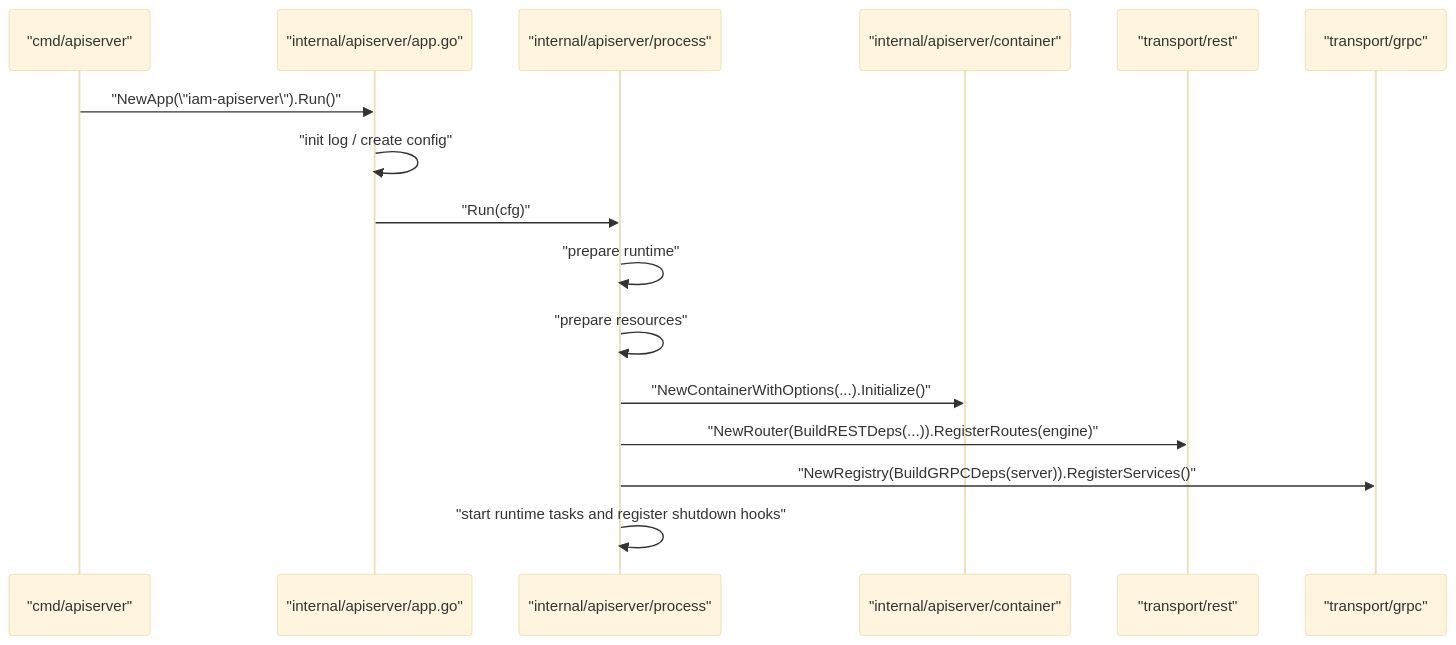
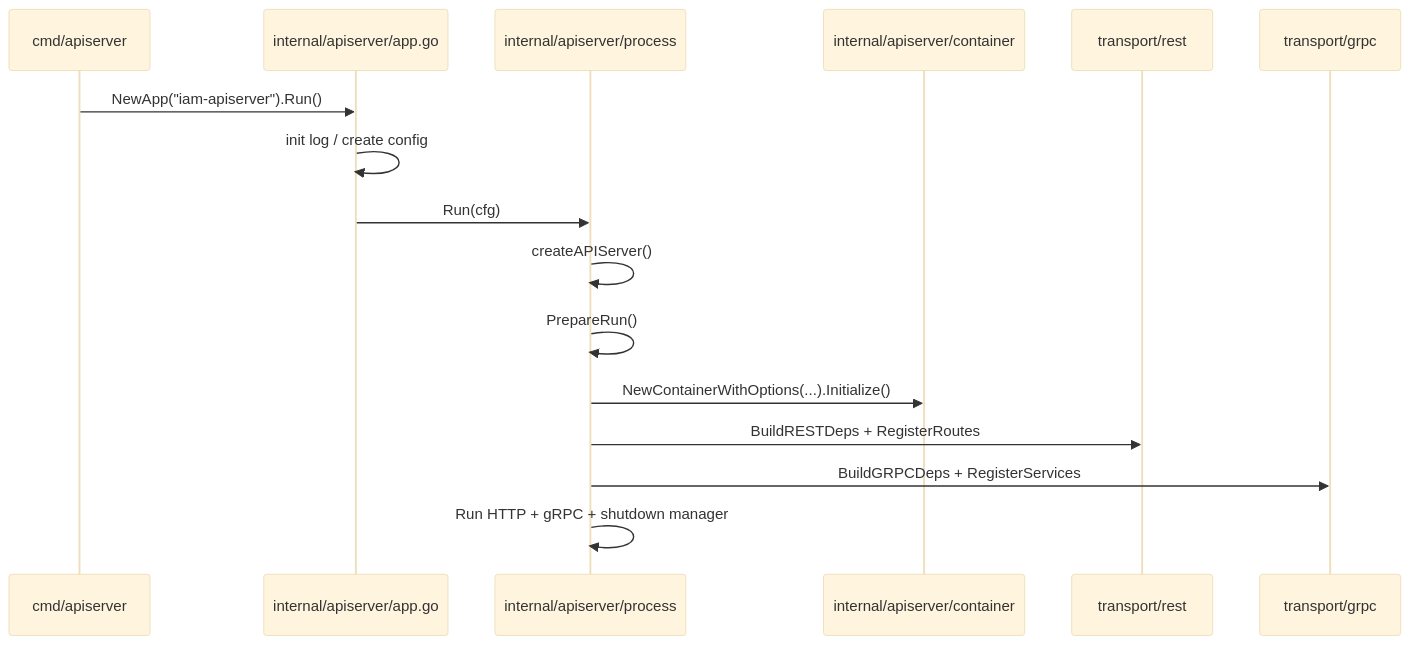
Before and after one commit to FangcunMount/iam: the second of 11 diagrams in docs/00-概览/01-系统架构总览.md, drawn with Mermaid (base theme). The commit also changed other lines of this file and 11 other files, not shown here.

````diff
--- a/docs/00-概览/01-系统架构总览.md
+++ b/docs/00-概览/01-系统架构总览.md
@@ -57,19 +133,19 @@
 ```mermaid
 sequenceDiagram
-    participant Main as "cmd/apiserver"
-    participant App as "internal/apiserver/app.go"
-    participant Process as "internal/apiserver/process"
-    participant Container as "internal/apiserver/container"
-    participant REST as "transport/rest"
-    participant GRPC as "transport/grpc"
+    participant Main as cmd/apiserver
+    participant App as internal/apiserver/app.go
+    participant Process as internal/apiserver/process
+    participant Container as internal/apiserver/container
+    participant REST as transport/rest
+    participant GRPC as transport/grpc
 
-    Main->>App: "NewApp(\"iam-apiserver\").Run()"
-    App->>App: "init log / create config"
-    App->>Process: "Run(cfg)"
-    Process->>Process: "prepare runtime"
-    Process->>Process: "prepare resources"
-    Process->>Container: "NewContainerWithOptions(...).Initialize()"
-    Process->>REST: "NewRouter(BuildRESTDeps(...)).RegisterRoutes(engine)"
-    Process->>GRPC: "NewRegistry(BuildGRPCDeps(server)).RegisterServices()"
-    Process->>Process: "start runtime tasks and register shutdown hooks"
+    Main->>App: NewApp("iam-apiserver").Run()
+    App->>App: init log / create config
+    App->>Process: Run(cfg)
+    Process->>Process: createAPIServer()
+    Process->>Process: PrepareRun()
+    Process->>Container: NewContainerWithOptions(...).Initialize()
+    Process->>REST: BuildRESTDeps + RegisterRoutes
+    Process->>GRPC: BuildGRPCDeps + RegisterServices
+    Process->>Process: Run HTTP + gRPC + shutdown manager
 ```
````
